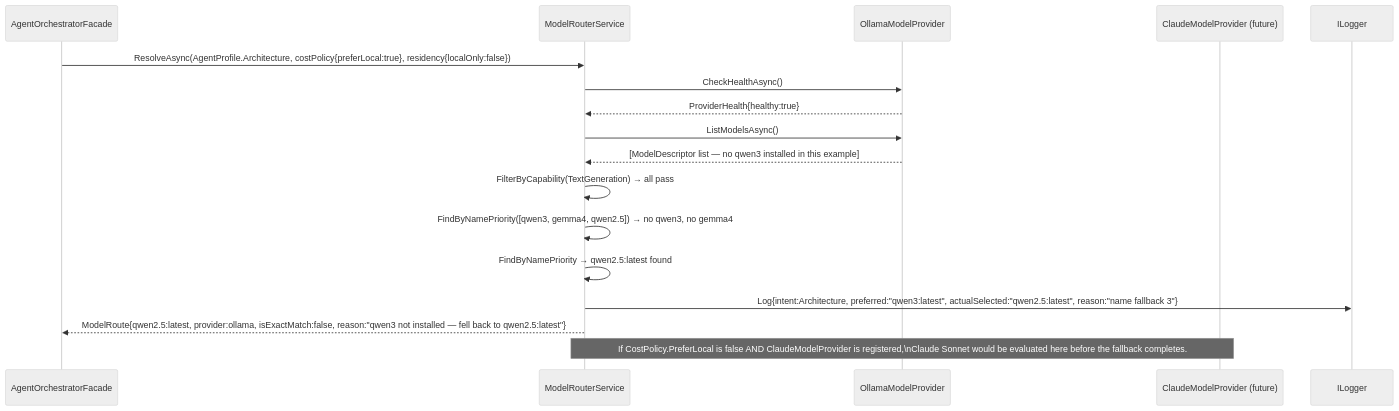
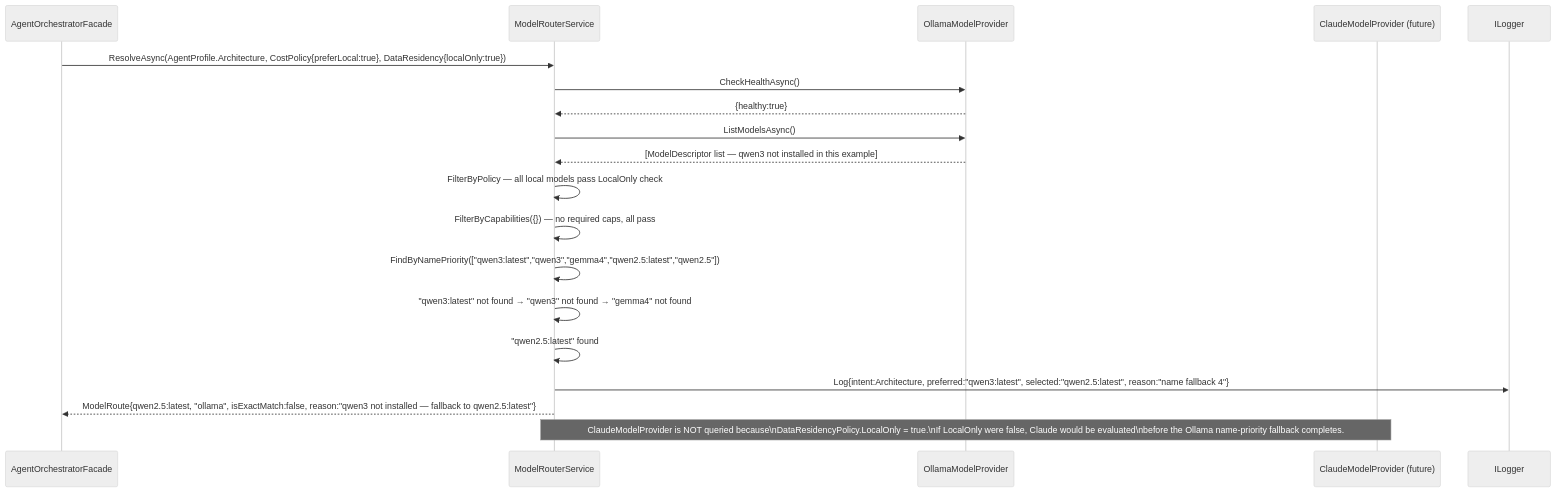
Diagram 17 of 19 in docs/AGENT_2_AGENT_ARCHITECTURE.md (ekanatha-urivakili/EminentAiAgent), drawn with Mermaid (neutral theme) before and after one commit. The commit also changed other lines of this file and 58 other files, not shown here.

````diff
--- a/docs/AGENT_2_AGENT_ARCHITECTURE.md
+++ b/docs/AGENT_2_AGENT_ARCHITECTURE.md
@@ -1165,24 +1236,27 @@
 ```mermaid
 sequenceDiagram
     participant AOF as AgentOrchestratorFacade
     participant MR as ModelRouterService
     participant OProv as OllamaModelProvider
     participant CProv as ClaudeModelProvider (future)
     participant Log as ILogger
 
-    AOF->>MR: ResolveAsync(AgentProfile.Architecture, costPolicy{preferLocal:true}, residency{localOnly:false})
+    AOF->>MR: ResolveAsync(AgentProfile.Architecture, CostPolicy{preferLocal:true}, DataResidency{localOnly:true})
 
     MR->>OProv: CheckHealthAsync()
-    OProv-->>MR: ProviderHealth{healthy:true}
+    OProv-->>MR: {healthy:true}
 
     MR->>OProv: ListModelsAsync()
-    OProv-->>MR: [ModelDescriptor list — no qwen3 installed in this example]
+    OProv-->>MR: [ModelDescriptor list — qwen3 not installed in this example]
 
-    MR->>MR: FilterByCapability(TextGeneration) → all pass
-    MR->>MR: FindByNamePriority([qwen3, gemma4, qwen2.5]) → no qwen3, no gemma4
-    MR->>MR: FindByNamePriority → qwen2.5:latest found
-    MR->>Log: Log{intent:Architecture, preferred:"qwen3:latest", actualSelected:"qwen2.5:latest", reason:"name fallback 3"}
-    MR-->>AOF: ModelRoute{qwen2.5:latest, provider:ollama, isExactMatch:false, reason:"qwen3 not installed — fell back to qwen2.5:latest"}
+    MR->>MR: FilterByPolicy — all local models pass LocalOnly check
+    MR->>MR: FilterByCapabilities({}) — no required caps, all pass
+    MR->>MR: FindByNamePriority(["qwen3:latest","qwen3","gemma4","qwen2.5:latest","qwen2.5"])
+    MR->>MR: "qwen3:latest" not found → "qwen3" not found → "gemma4" not found
+    MR->>MR: "qwen2.5:latest" found
+    MR->>Log: Log{intent:Architecture, preferred:"qwen3:latest", selected:"qwen2.5:latest", reason:"name fallback 4"}
 
-    Note over MR,CProv: If CostPolicy.PreferLocal is false AND ClaudeModelProvider is registered,\nClaude Sonnet would be evaluated here before the fallback completes.
+    MR-->>AOF: ModelRoute{qwen2.5:latest, "ollama", isExactMatch:false, reason:"qwen3 not installed — fallback to qwen2.5:latest"}
+
+    Note over MR,CProv: ClaudeModelProvider is NOT queried because\nDataResidencyPolicy.LocalOnly = true.\nIf LocalOnly were false, Claude would be evaluated\nbefore the Ollama name-priority fallback completes.
 ```
````
